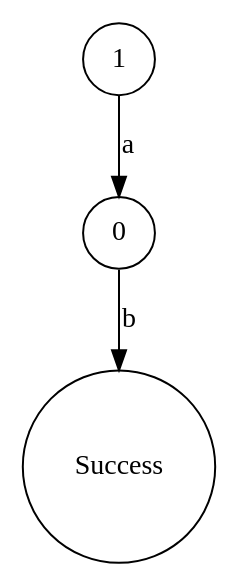
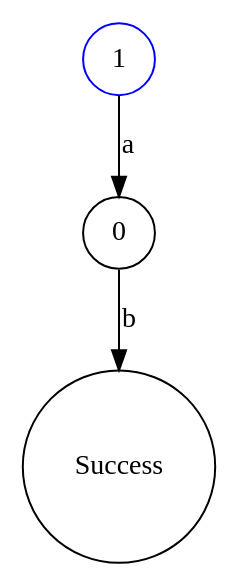
The diagram in MyRegEngine/bin/Debug/netcoreapp3.1/TestCase1.dot (ayanamists/MyRegEngine), drawn with Graphviz before and after one commit. The commit also changed 55 other files, not shown here.

```diff
--- a/MyRegEngine/bin/Debug/netcoreapp3.1/TestCase1.dot
+++ b/MyRegEngine/bin/Debug/netcoreapp3.1/TestCase1.dot
@@ -1,1 +1,1 @@
-digraph TestCase1 { 0 [shape=circle,label="0"]; 1 [shape=circle,label="1"]; 2 [shape=circle,label="Success"]; 0 -> 2[label="b"]; 1 -> 0[label="a"]; }
+digraph TestCase1 { 0 [shape=circle,label="0",color="#000000"]; 1 [shape=circle,label="1",color="#0000FF"]; 2 [shape=circle,label="Success",color="#000000"]; 0 -> 2[label="b"]; 1 -> 0[label="a"]; }
```
